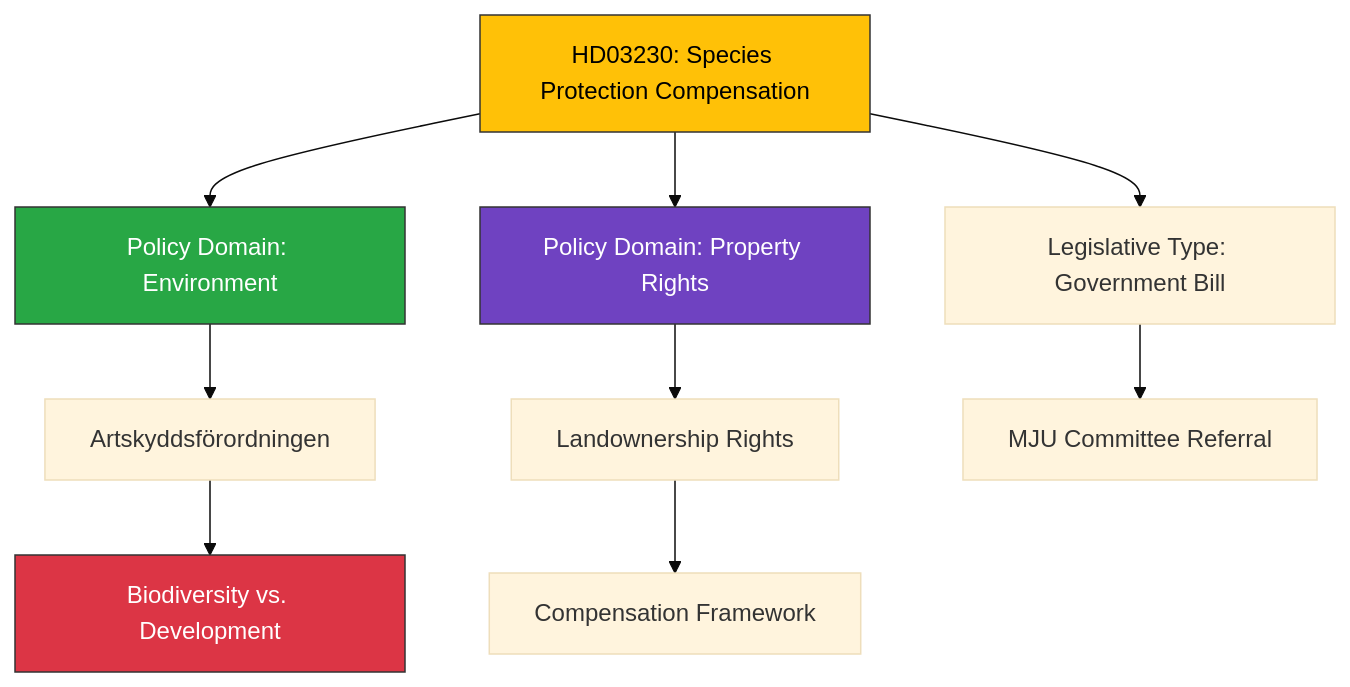
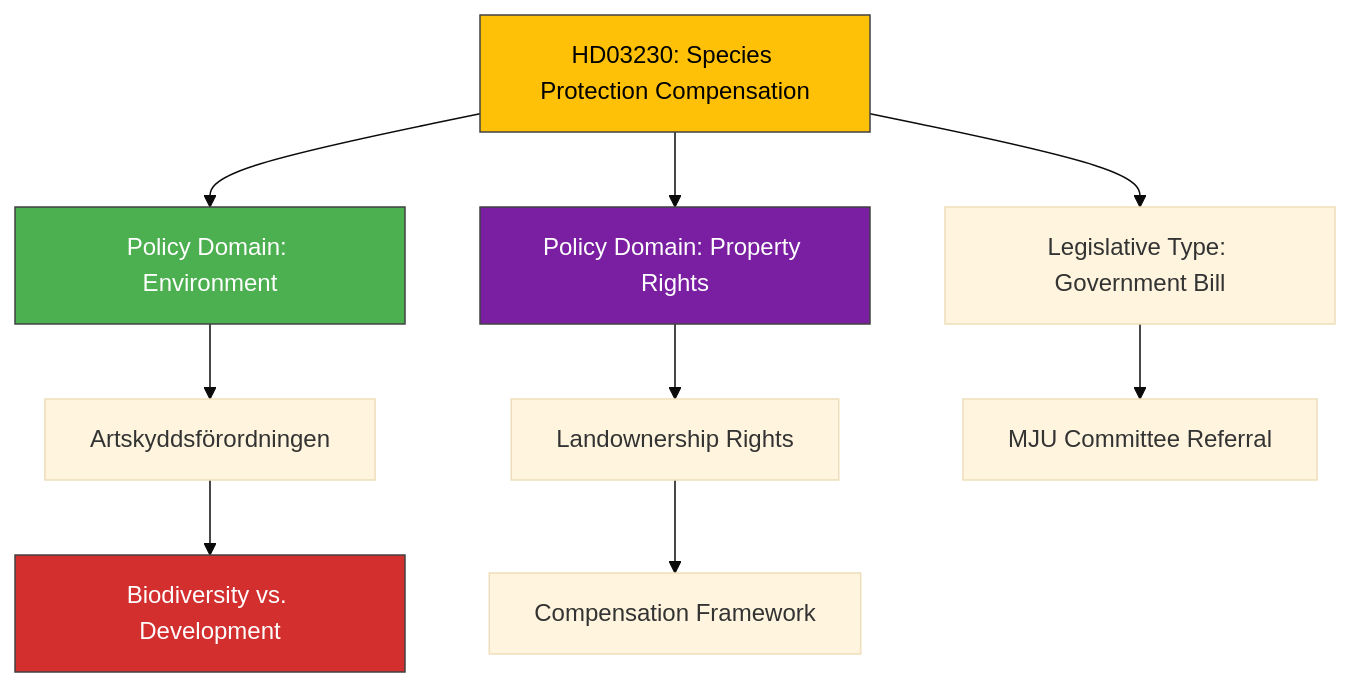
One commit to Hack23/riksdagsmonitor changed the diagram in analysis/daily/2026-04-08/realtime-1146/documents/hd03230-analysis.md. Above: the diagram before and after it, drawn with Mermaid (base theme). The commit also changed 785 other files, not shown here.

First line of the commit message:
Normalize mermaid colors across 786 analysis artifacts to ISMS Style Guide palette

````diff
--- a/analysis/daily/2026-04-08/realtime-1146/documents/hd03230-analysis.md
+++ b/analysis/daily/2026-04-08/realtime-1146/documents/hd03230-analysis.md
@@ -27,15 +27,15 @@
 ```mermaid
 graph TD
     A["HD03230: Species Protection Compensation"] --> B["Policy Domain: Environment"]
     A --> C["Policy Domain: Property Rights"]
     A --> D["Legislative Type: Government Bill"]
     B --> E["Artskyddsförordningen"]
     C --> F["Landownership Rights"]
     D --> G["MJU Committee Referral"]
     E --> H["Biodiversity vs. Development"]
     F --> I["Compensation Framework"]
-    style A fill:#ffc107,stroke:#333,color:#000
-    style B fill:#28a745,stroke:#333,color:#fff
-    style C fill:#6f42c1,stroke:#333,color:#fff
-    style H fill:#dc3545,stroke:#333,color:#fff
+    style A fill:#FFC107,stroke:#424242,color:#000000
+    style B fill:#4CAF50,stroke:#424242,color:#FFFFFF
+    style C fill:#7B1FA2,stroke:#424242,color:#FFFFFF
+    style H fill:#D32F2F,stroke:#424242,color:#FFFFFF
 ```
````
